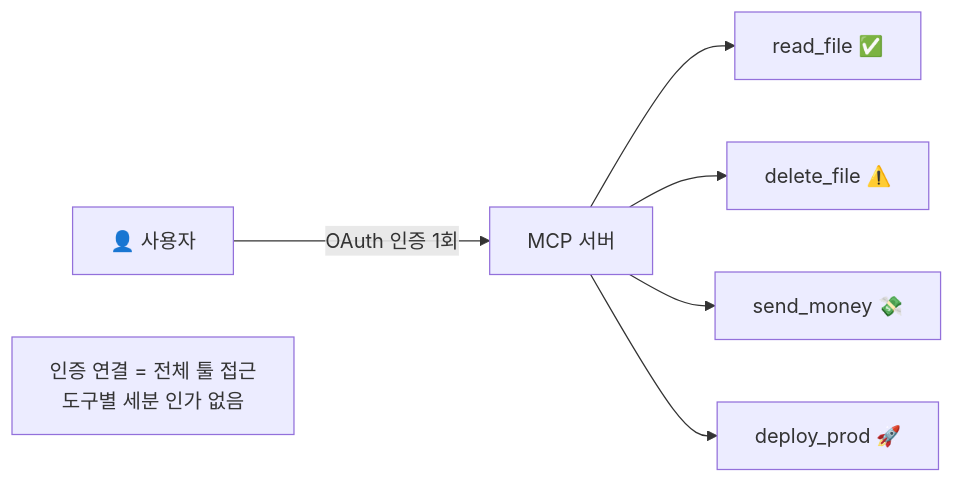
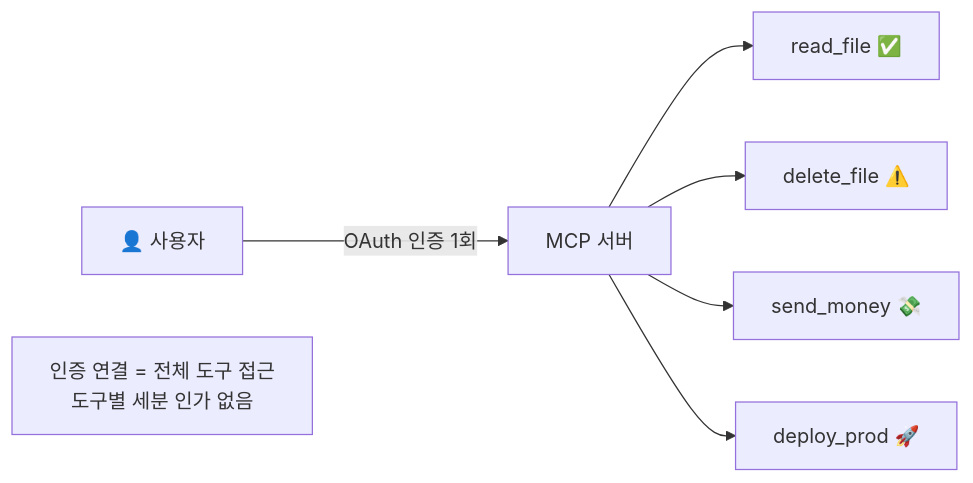
Before and after one commit to agent-chobi/agent-atoz: the first of 3 diagrams in docs/14-permissions-security-hitl.md, drawn with Mermaid. The commit also changed other lines of this file and 22 other files, not shown here.

````diff
--- a/docs/14-permissions-security-hitl.md
+++ b/docs/14-permissions-security-hitl.md
@@ -15,9 +15,9 @@
 ```mermaid
 flowchart LR
     U["👤 사용자"] -->|OAuth 인증 1회| S["MCP 서버"]
     S --> T1["read_file ✅"]
     S --> T2["delete_file ⚠️"]
     S --> T3["send_money 💸"]
     S --> T4["deploy_prod 🚀"]
-    note["인증 연결 = 전체 툴 접근<br/>도구별 세분 인가 없음"]
+    note["인증 연결 = 전체 도구 접근<br/>도구별 세분 인가 없음"]
 ```
````
